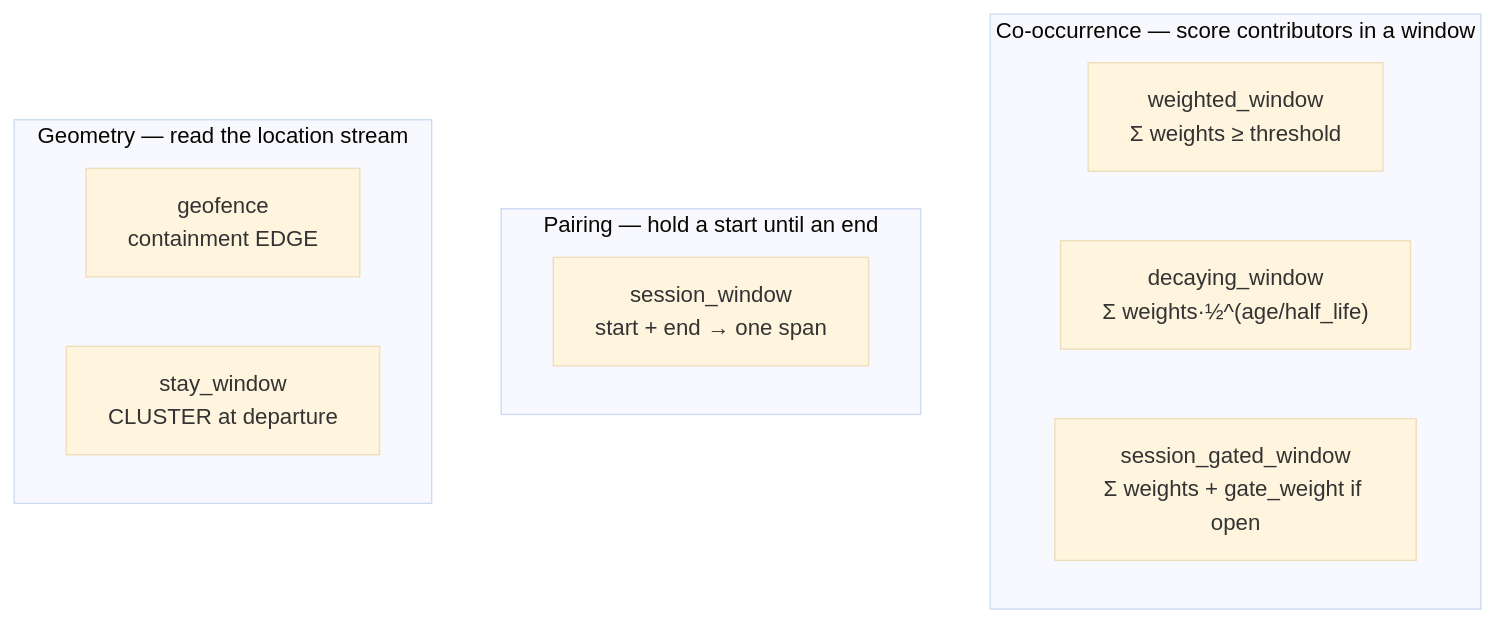
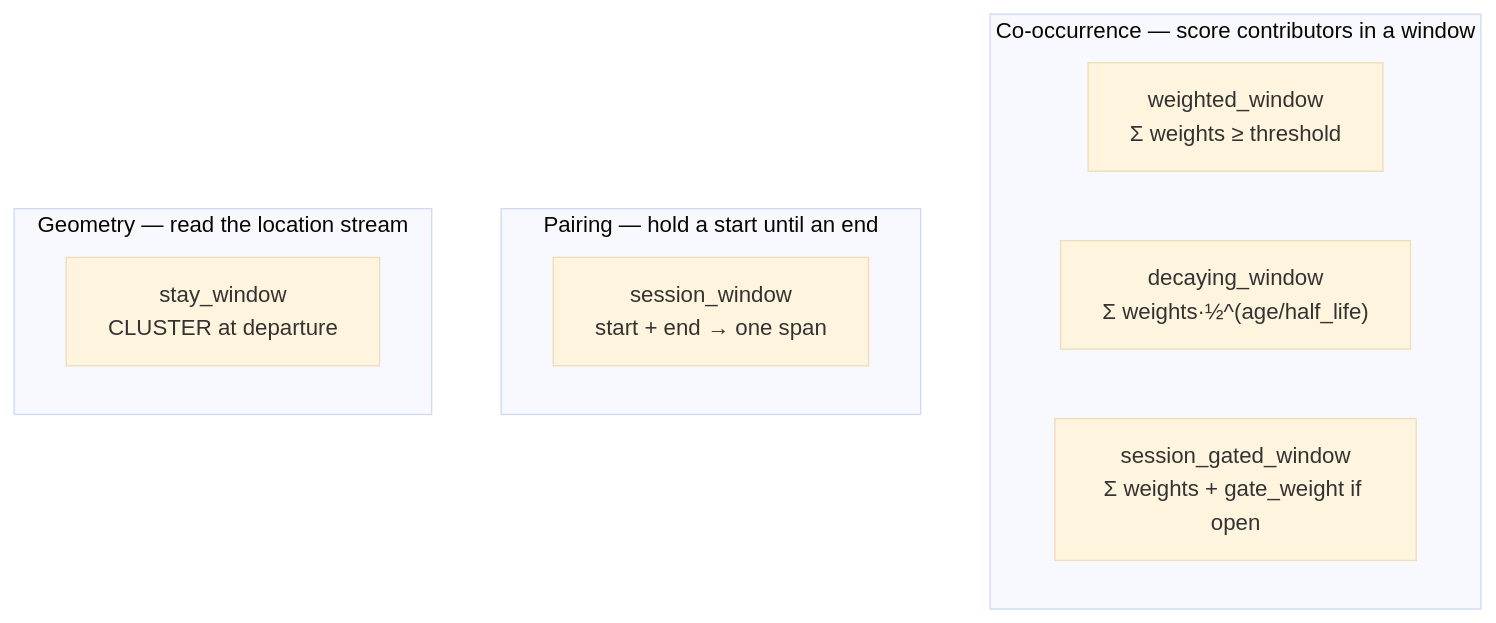
Diagram 12 of 13 in doc/core.md (rodis/inference), drawn with Mermaid (base theme) before and after one commit. The commit also changed other lines of this file and 13 other files, not shown here.

````diff
--- a/doc/core.md
+++ b/doc/core.md
@@ -1033,15 +1021,14 @@
 ```mermaid
 flowchart TB
     subgraph co["Co-occurrence — score contributors in a window"]
         ww["weighted_window<br/>Σ weights ≥ threshold"]
         dw["decaying_window<br/>Σ weights·½^(age/half_life)"]
         sgw["session_gated_window<br/>Σ weights + gate_weight if open"]
     end
     subgraph pair["Pairing — hold a start until an end"]
         sw["session_window<br/>start + end → one span"]
     end
     subgraph geo["Geometry — read the location stream"]
-        gf["geofence<br/>containment EDGE"]
         stw["stay_window<br/>CLUSTER at departure"]
     end
 ```
````
